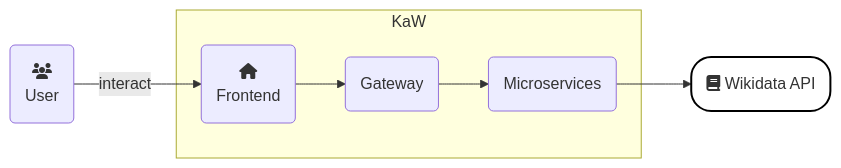
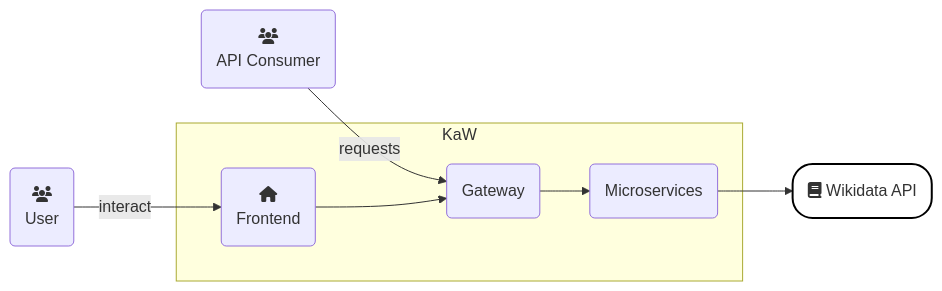
The second of 3 diagrams in docs/src/05_building_block_view.adoc (Arquisoft/wiq_en3b), drawn with Mermaid before and after one commit. The commit also changed other lines of this file and 8 other files, not shown here.

```diff
--- a/docs/src/05_building_block_view.adoc
+++ b/docs/src/05_building_block_view.adoc
@@ -46,23 +47,26 @@
 [mermaid]
 ....
 flowchart LR
     u("fa:fa-users"
     User) --"interact"--> Frontend
+
+    api("fa:fa-users"
+    API Consumer) --"requests"-->Gateway
 
     subgraph app [KaW]
         Frontend("fa:fa-home"
         Frontend)
         Gateway(
         Gateway)
         Microservices(
         Microservices)
        
     end
 
     Wikidata("fa:fa-book" Wikidata API)
     
     Frontend --> Gateway
     Gateway --> Microservices
     Microservices --> Wikidata
     style Wikidata fill:#fff,stroke:#000,stroke-width:2px,rx:20px,ry:20px
 ....
```
